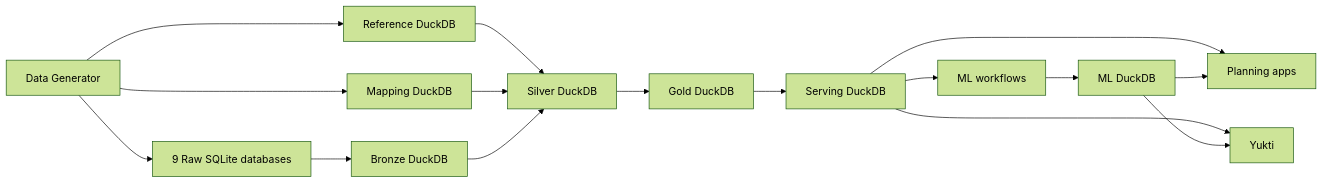
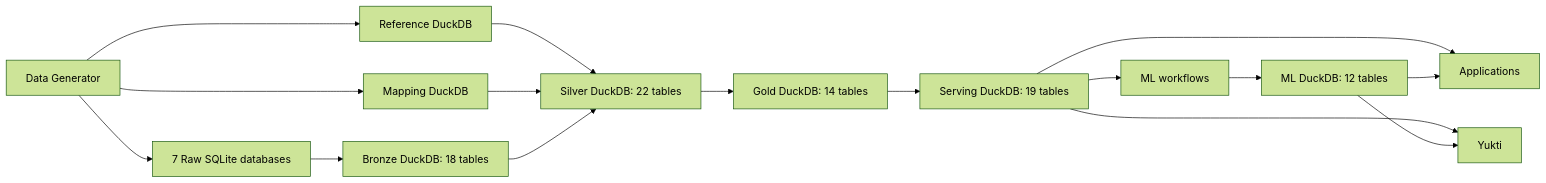
The diagram in docs/architecture/system-architecture.md (jayantsom/Capacity_Planning_Digital_Twin), drawn with Mermaid (forest theme) before and after one commit. The commit also changed other lines of this file and 136 other files, not shown here.

First line of the commit message:
refactor: drop planning apps and add equipment cost reference

````diff
--- a/docs/architecture/system-architecture.md
+++ b/docs/architecture/system-architecture.md
@@ -7,18 +7,18 @@
 ```mermaid
 flowchart LR
-  G[Data Generator] --> R[9 Raw SQLite databases]
+  G[Data Generator] --> R[7 Raw SQLite databases]
   G --> RF[Reference DuckDB]
   G --> MP[Mapping DuckDB]
-  R --> B[Bronze DuckDB]
-  RF --> S[Silver DuckDB]
+  R --> B[Bronze DuckDB: 18 tables]
+  RF --> S[Silver DuckDB: 22 tables]
   MP --> S
   B --> S
-  S --> O[Gold DuckDB]
-  O --> V[Serving DuckDB]
+  S --> O[Gold DuckDB: 14 tables]
+  O --> V[Serving DuckDB: 19 tables]
   V --> ML[ML workflows]
-  ML --> M[ML DuckDB]
-  V --> A[Planning apps]
+  ML --> M[ML DuckDB: 12 tables]
+  V --> A[Applications]
   M --> A
   V --> Y[Yukti]
   M --> Y
 ```
````
